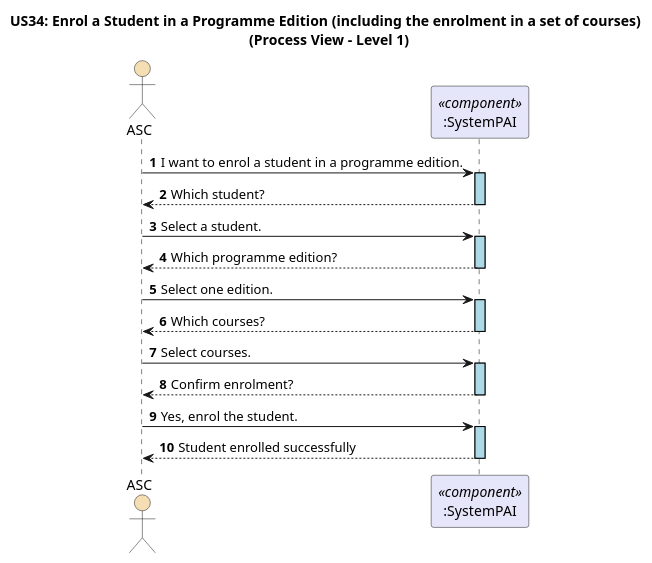
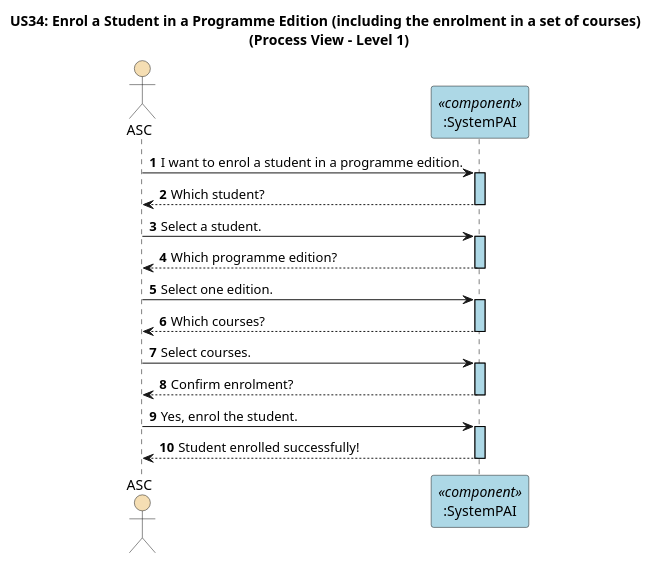
The diagram in docs/US34/Sprint7/ProcessView/Level1.puml (GasparISEP/DevOps-PAI), drawn with PlantUML before and after one commit.

Commit message:
US34 Process View Level 1 (#646)

```diff
--- a/docs/US34/Sprint7/ProcessView/Level1.puml
+++ b/docs/US34/Sprint7/ProcessView/Level1.puml
@@ -1,33 +1,33 @@
 @startuml
 
 ' US43 - Enrol a Student in a Programme Edition (including the enrolment in a set of courses)
 ' Process View - Level 1 (C4 Level 1 Style)
 
 autonumber
 
 skinparam sequence {
    LifelineBorderColor black
    LifelineBackgroundColor LightBlue
 }
 
 title US34: Enrol a Student in a Programme Edition (including the enrolment in a set of courses) \n (Process View - Level 1)
 
 actor ASC #Wheat
-participant ":SystemPAI" as System <<component>> #Lavender
+participant ":SystemPAI" as System <<component>> #LightBlue
 
 ASC -> System ++: I want to enrol a student in a programme edition.
 System --> ASC --: Which student?
 
 ASC -> System ++: Select a student.
 System --> ASC --: Which programme edition?
 ASC -> System ++: Select one edition.
 
 System --> ASC--: Which courses?
 ASC -> System++: Select courses.
 
 System --> ASC--: Confirm enrolment?
 ASC -> System ++: Yes, enrol the student.
 
-System --> ASC --: Student enrolled successfully
+System --> ASC --: Student enrolled successfully!
 
 @enduml
```
